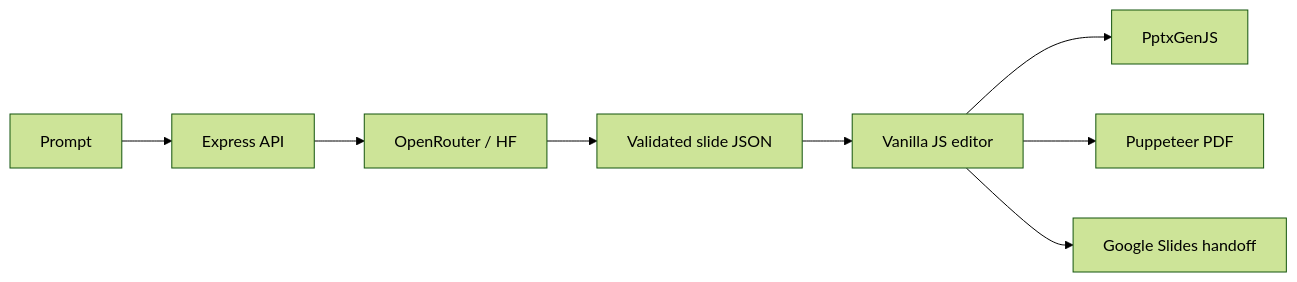
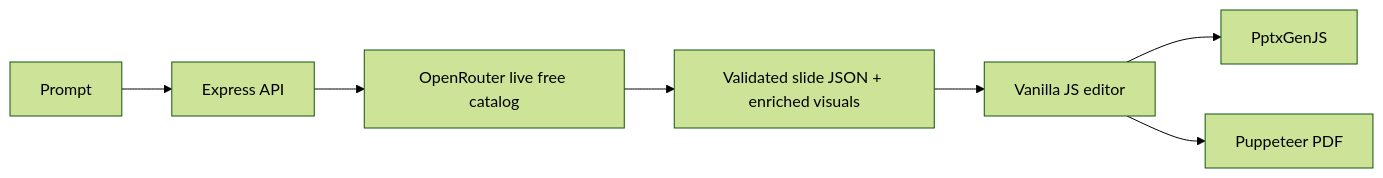
One commit to LovelySharma-dev/PPTgeni changed the diagram in README.md. Above: the diagram before and after it, drawn with Mermaid (forest theme). The commit also changed other lines of this file and 5 other files, not shown here.

````diff
--- a/README.md
+++ b/README.md
@@ -81,10 +81,9 @@
 ```mermaid
 flowchart LR
   A[Prompt] --> B[Express API]
-  B --> C[OpenRouter / HF]
-  C --> D[Validated slide JSON]
+  B -->   C[OpenRouter live free catalog]
+  C --> D[Validated slide JSON + enriched visuals]
   D --> E[Vanilla JS editor]
   E --> F[PptxGenJS]
   E --> G[Puppeteer PDF]
-  E --> H[Google Slides handoff]
 ```
````
